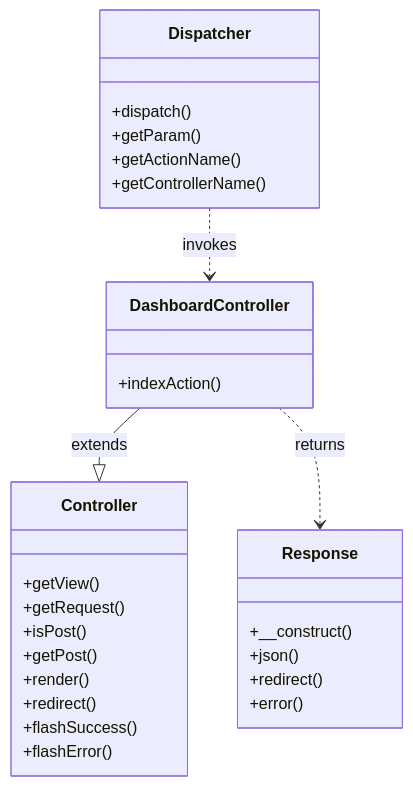
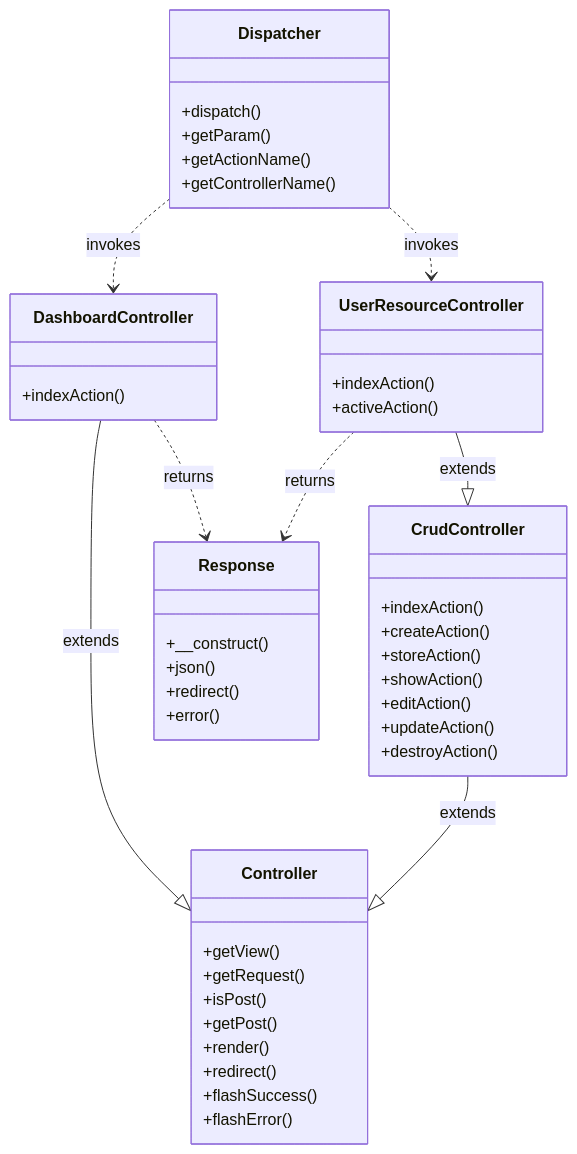
The fourth of 4 diagrams in .qoder/repowiki/en/content/Controllers/Action Methods.md (andrfilipenk/new), drawn with Mermaid before and after one commit. The commit also changed other lines of this file and 41 other files, not shown here.

````diff
--- a/.qoder/repowiki/en/content/Controllers/Action Methods.md
+++ b/.qoder/repowiki/en/content/Controllers/Action Methods.md
@@ -200,31 +288,48 @@
 ```mermaid
 classDiagram
 class DashboardController {
 +indexAction()
+}
+class UserResourceController {
++indexAction()
++activeAction()
+}
+class CrudController {
++indexAction()
++createAction()
++storeAction()
++showAction()
++editAction()
++updateAction()
++destroyAction()
 }
 class Controller {
 +getView()
 +getRequest()
 +isPost()
 +getPost()
 +render()
 +redirect()
 +flashSuccess()
 +flashError()
 }
 class Dispatcher {
 +dispatch()
 +getParam()
 +getActionName()
 +getControllerName()
 }
 class Response {
 +__construct()
 +json()
 +redirect()
 +error()
 }
 DashboardController --|> Controller : extends
+UserResourceController --|> CrudController : extends
+CrudController --|> Controller : extends
 Dispatcher ..> DashboardController : invokes
+Dispatcher ..> UserResourceController : invokes
 DashboardController ..> Response : returns
+UserResourceController ..> Response : returns
 ```
````
